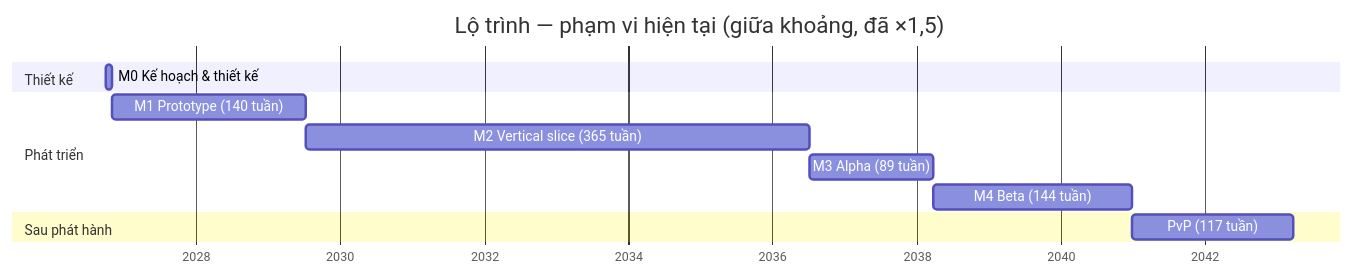
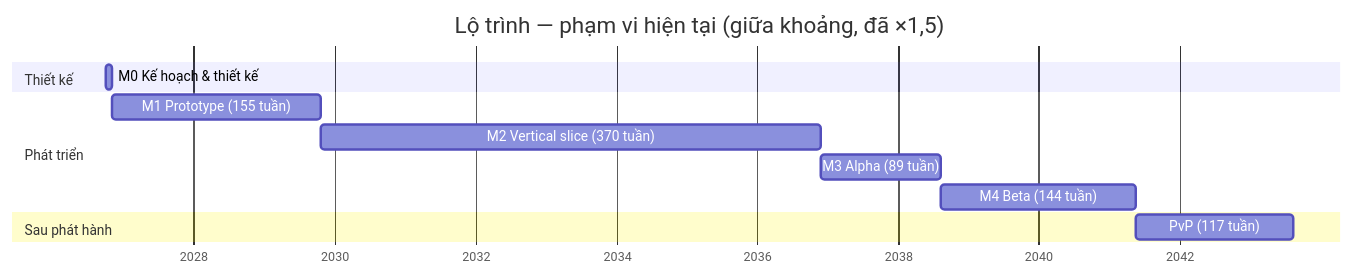
The diagram in design/05-roadmap.md (w-vi-khang/my-game), drawn with Mermaid before and after one commit. The commit also changed other lines of this file and 8 other files, not shown here.

````diff
--- a/design/05-roadmap.md
+++ b/design/05-roadmap.md
@@ -72,15 +72,15 @@
 ```mermaid
 gantt
     title Lộ trình — phạm vi hiện tại (giữa khoảng, đã ×1,5)
     dateFormat YYYY-MM-DD
     axisFormat %Y
     section Thiết kế
     M0 Kế hoạch & thiết kế        :m0, 2026-10-01, 32d
     section Phát triển
-    M1 Prototype (140 tuần)        :m1, after m0, 980d
-    M2 Vertical slice (365 tuần)   :m2, after m1, 2555d
+    M1 Prototype (155 tuần)        :m1, after m0, 1084d
+    M2 Vertical slice (370 tuần)   :m2, after m1, 2591d
     M3 Alpha (89 tuần)             :m3, after m2, 626d
     M4 Beta (144 tuần)             :m4, after m3, 1008d
     section Sau phát hành
     PvP (117 tuần)                 :pvp, after m4, 819d
 ```
````
